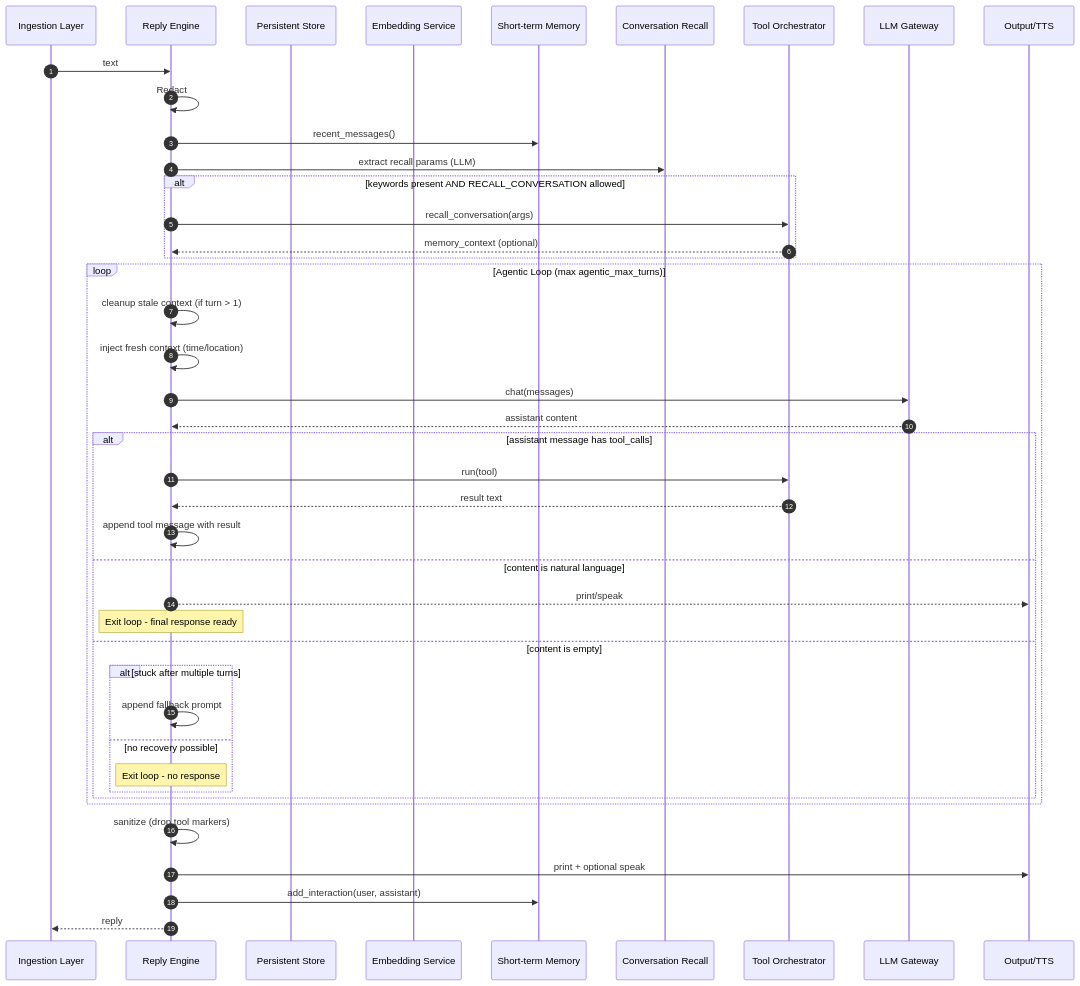
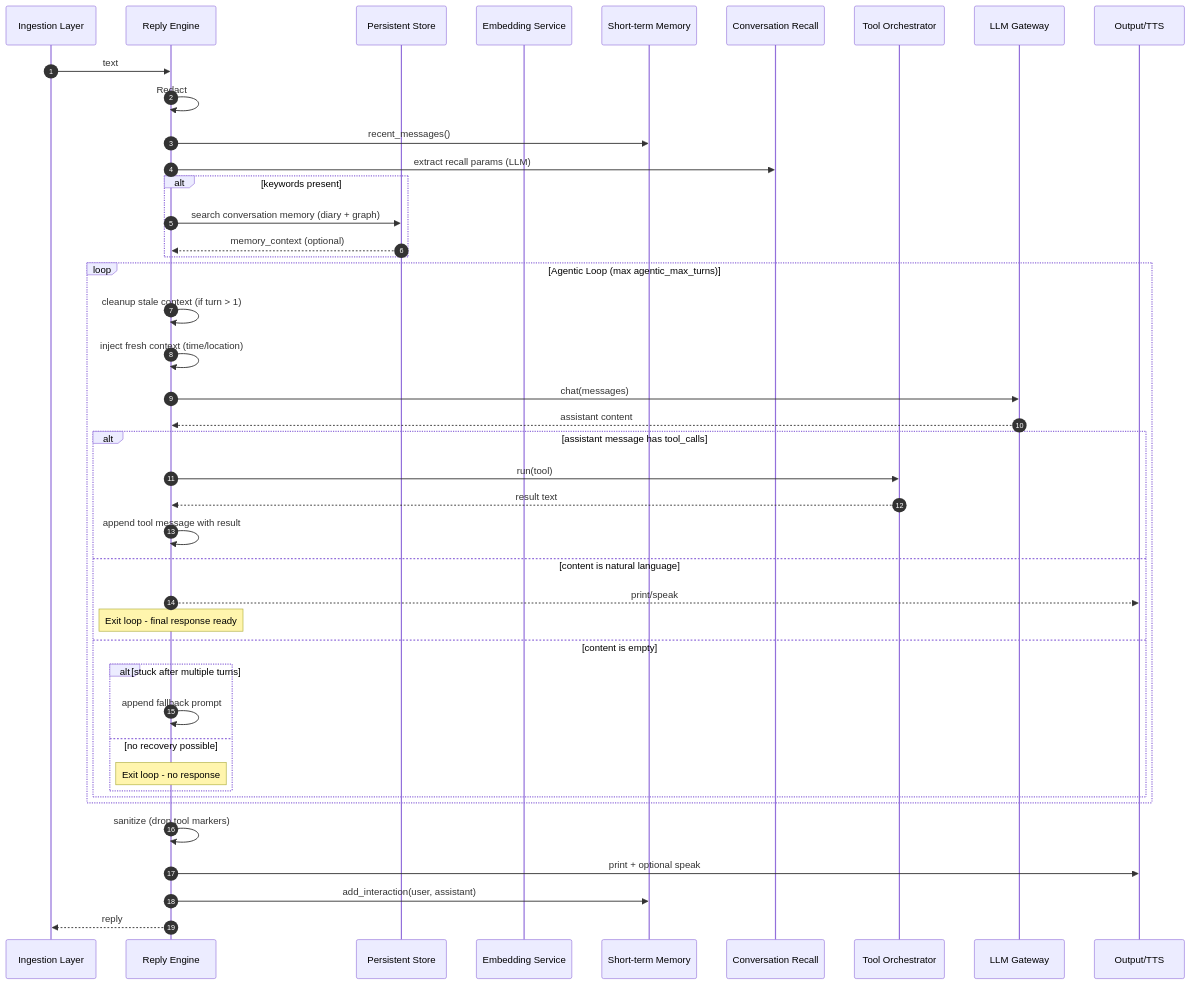
One commit to isair/jarvis changed the diagram in src/jarvis/reply/reply.spec.md. Above: the diagram before and after it, drawn with Mermaid. The commit also changed 15 other files, not shown here.

First line of the commit message:
fix(reply): small-model robustness — weather location, JSON leak scrub, router follow-ups, remove broken recallConversation (#255)

````diff
--- a/src/jarvis/reply/reply.spec.md
+++ b/src/jarvis/reply/reply.spec.md
@@ -134,49 +134,49 @@
 ```mermaid
 sequenceDiagram
   autonumber
   participant Caller as Ingestion Layer
   participant Engine as Reply Engine
   participant Store as Persistent Store
   participant Emb as Embedding Service
   participant ShortMem as Short-term Memory
   participant Recall as Conversation Recall
   participant Tools as Tool Orchestrator
   participant LLM as LLM Gateway
   participant Out as Output/TTS
 
   Caller->>Engine: text
   Engine->>Engine: Redact
   Engine->>ShortMem: recent_messages()
   Engine->>Recall: extract recall params (LLM)
-  alt keywords present AND RECALL_CONVERSATION allowed
-    Engine->>Tools: recall_conversation(args)
-    Tools-->>Engine: memory_context (optional)
+  alt keywords present
+    Engine->>Store: search conversation memory (diary + graph)
+    Store-->>Engine: memory_context (optional)
   end
   
   loop Agentic Loop (max agentic_max_turns)
     Engine->>Engine: cleanup stale context (if turn > 1)
     Engine->>Engine: inject fresh context (time/location)
     Engine->>LLM: chat(messages)
     LLM-->>Engine: assistant content
     
     alt assistant message has tool_calls
       Engine->>Tools: run(tool)
       Tools-->>Engine: result text
       Engine->>Engine: append tool message with result
     else content is natural language
       Engine-->>Out: print/speak
       Note over Engine: Exit loop - final response ready
     else content is empty
       alt stuck after multiple turns
         Engine->>Engine: append fallback prompt
       else no recovery possible
         Note over Engine: Exit loop - no response
       end
     end
   end
   
   Engine->>Engine: sanitize (drop tool markers)
   Engine->>Out: print + optional speak
   Engine->>ShortMem: add_interaction(user, assistant)
   Engine-->>Caller: reply
 ```
````
